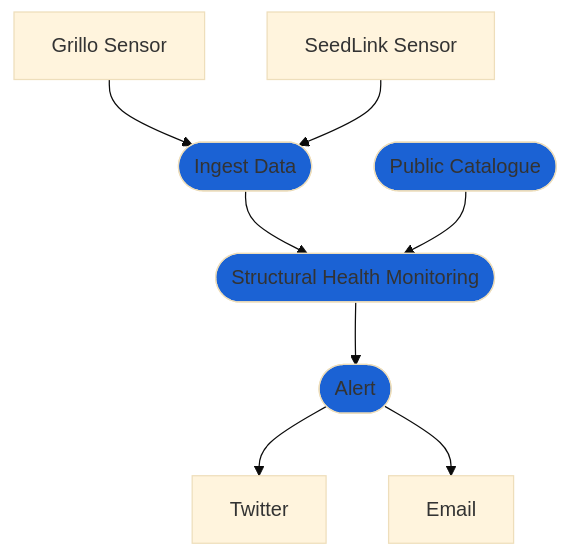
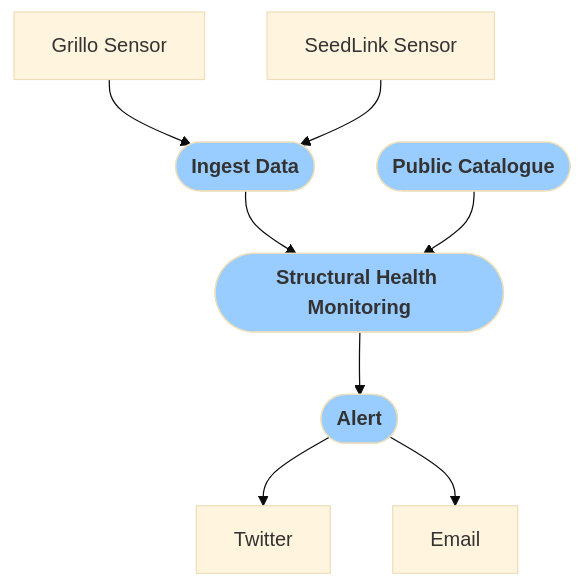
One commit to grillo/grillo-docs changed the diagram in docs/how-to/advanced_structural_monitoring.md. Above: the diagram before and after it, drawn with Mermaid (base theme). The commit also changed 38 other files, not shown here.

````diff
--- a/docs/how-to/advanced_structural_monitoring.md
+++ b/docs/how-to/advanced_structural_monitoring.md
@@ -9,9 +9,9 @@
 ```mermaid
 flowchart TB
-   A[Grillo Sensor] & B[SeedLink Sensor] --> C([Ingest Data]) --> E([Structural Health Monitoring]) --> F([Alert]) --> G[Twitter] & H[Email]
-   D([Public Catalogue]) --> E
-   style C fill:#1b62d4
-   style D fill:#1b62d4
-   style E fill:#1b62d4
-   style F fill:#1b62d4
+   A[Grillo Sensor] & B[SeedLink Sensor] --> C([<font color=333333><b>Ingest Data</b>]) --> E([<font color=333333><b>Structural Health Monitoring</b>]) --> F([<font color=333333><b>Alert</b>]) --> G[Twitter] & H[Email]
+   D([<font color=333333><b>Public Catalogue</b>]) --> E
+   style C fill:#99CCFF
+   style D fill:#99CCFF
+   style E fill:#99CCFF
+   style F fill:#99CCFF
 ```
````
